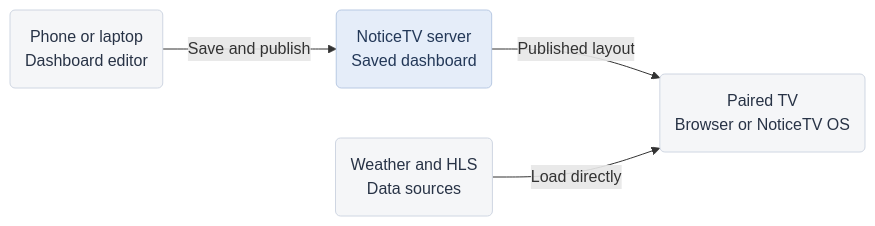
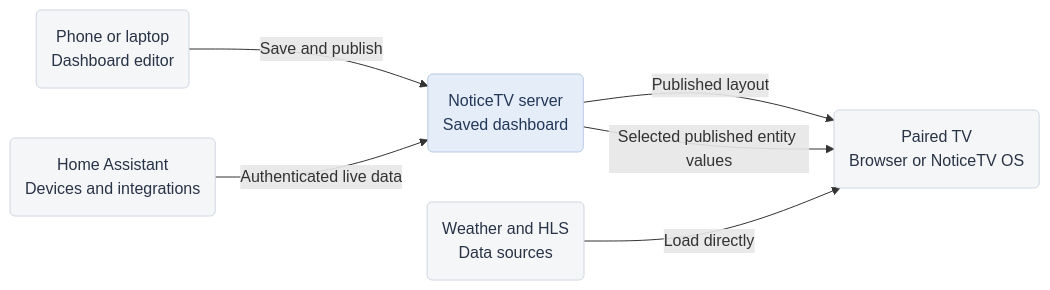
Before and after one commit to notice-cx/NoticeTV: the first of 2 diagrams in README.md, drawn with Mermaid. The commit also changed other lines of this file and 29 other files, not shown here.

Commit message:
Connect dashboard widgets to Home Assistant

````diff
--- a/README.md
+++ b/README.md
@@ -56,9 +57,11 @@
 ```mermaid
 flowchart LR
     editor("Phone or laptop<br/>Dashboard editor") -->|"Save and publish"| server("NoticeTV server<br/>Saved dashboard")
     server -->|"Published layout"| screen("Paired TV<br/>Browser or NoticeTV OS")
+    ha("Home Assistant<br/>Devices and integrations") -->|"Authenticated live data"| server
+    server -->|"Selected published entity values"| screen
     sources("Weather and HLS<br/>Data sources") -->|"Load directly"| screen
     classDef default fill:#f5f6f8,stroke:#cfd6e2,color:#283346,stroke-width:1px,filter:none;
     classDef host fill:#e5edf9,stroke:#b8c9e3,color:#233858;
     class server host;
 ```
````
